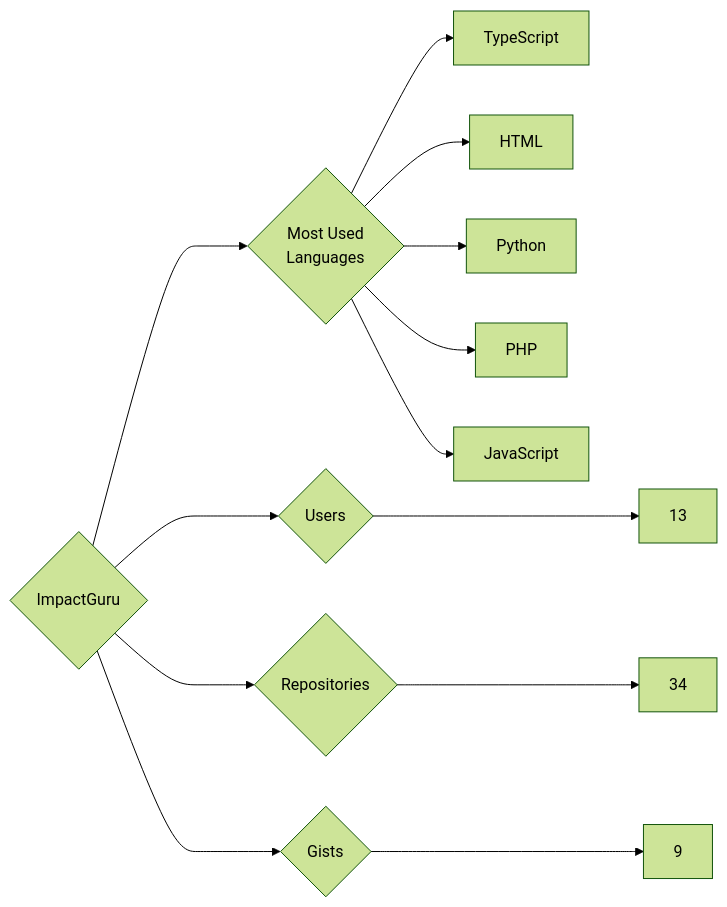
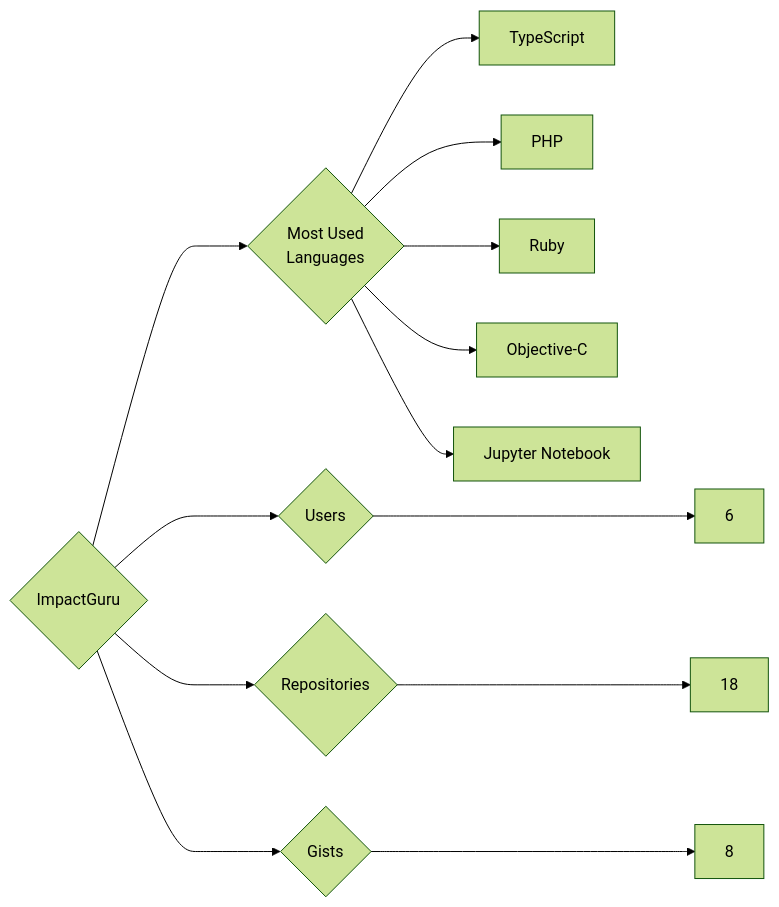
One commit to trickest/insiders changed the diagram in targets/ImpactGuru/README.md. Above: the diagram before and after it, drawn with Mermaid (forest theme). The commit also changed 932 other files, not shown here.

````diff
--- a/targets/ImpactGuru/README.md
+++ b/targets/ImpactGuru/README.md
@@ -3,13 +3,13 @@
 ```mermaid
 graph LR
 COMPANY_NAME{ImpactGuru}
-COMPANY_NAME ---> U{Users} ---> UN[13]
-COMPANY_NAME ---> R{Repositories} ---> RN[34]
-COMPANY_NAME ---> G{Gists} ---> GN[9]
+COMPANY_NAME ---> U{Users} ---> UN[6]
+COMPANY_NAME ---> R{Repositories} ---> RN[18]
+COMPANY_NAME ---> G{Gists} ---> GN[8]
 COMPANY_NAME ---> ML{Most Used<br>Languages}
 ML --> TypeScript[TypeScript]
-ML --> HTML[HTML]
-ML --> Python[Python]
 ML --> PHP[PHP]
-ML --> JavaScript[JavaScript]
+ML --> Ruby[Ruby]
+ML --> Objective-C[Objective-C]
+ML --> Jupyter_Notebook[Jupyter Notebook]
 ```
````
